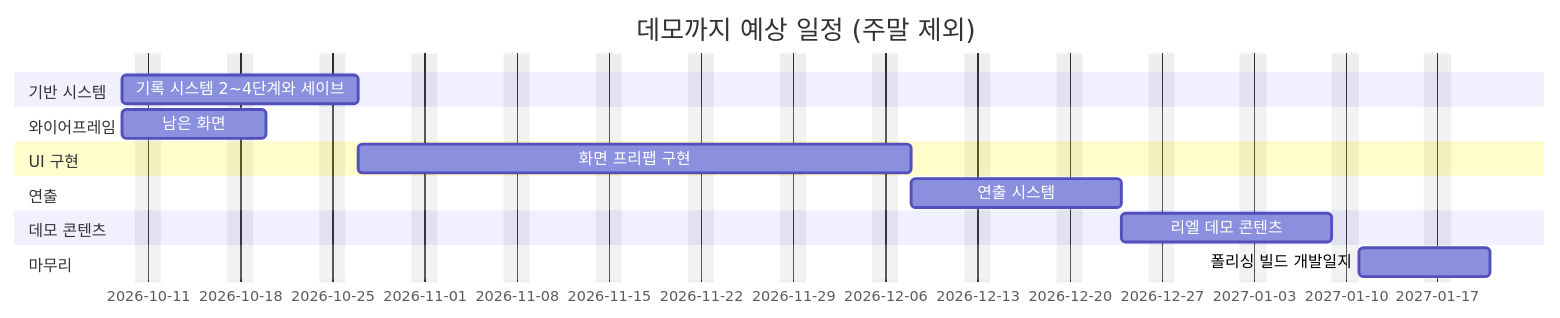
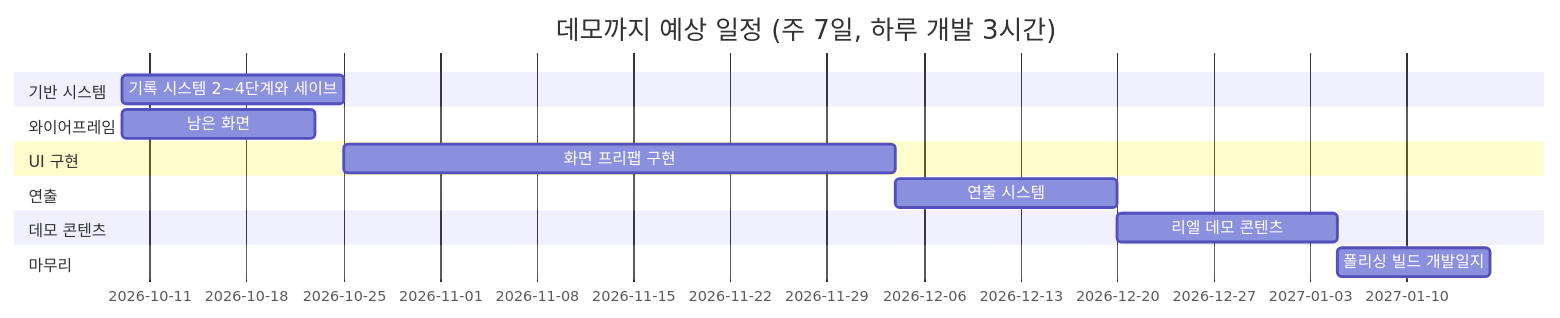
The diagram in docs/개발로드맵.md (shieon51/UnityPortfolio1_LastTale), drawn with Mermaid before and after one commit. The commit also changed other lines of this file and 23 other files, not shown here.

````diff
--- a/docs/개발로드맵.md
+++ b/docs/개발로드맵.md
@@ -21,18 +26,17 @@
 ```mermaid
 gantt
-    title 데모까지 예상 일정 (주말 제외)
+    title 데모까지 예상 일정 (주 7일, 하루 개발 3시간)
     dateFormat YYYY-MM-DD
-    excludes weekends
     section 기반 시스템
-    기록 시스템 2~4단계와 세이브 :a1, 2026-10-09, 12d
+    기록 시스템 2~4단계와 세이브 :a1, 2026-10-09, 16d
     section 와이어프레임
-    남은 화면 :b1, 2026-10-09, 7d
+    남은 화면 :b1, 2026-10-09, 14d
     section UI 구현
-    화면 프리팹 구현 :c1, after a1, 30d
+    화면 프리팹 구현 :c1, after a1, 40d
     section 연출
-    연출 시스템 :d1, after c1, 12d
+    연출 시스템 :d1, after c1, 16d
     section 데모 콘텐츠
-    리엘 데모 콘텐츠 :e1, after d1, 12d
+    리엘 데모 콘텐츠 :e1, after d1, 16d
     section 마무리
-    폴리싱 빌드 개발일지 :f1, after e1, 8d
+    폴리싱 빌드 개발일지 :f1, after e1, 11d
 ```
````
